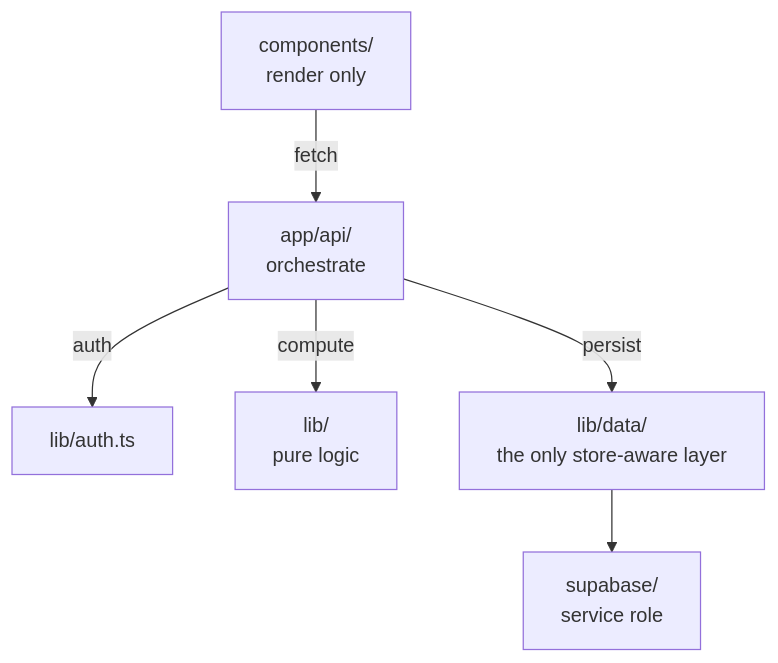
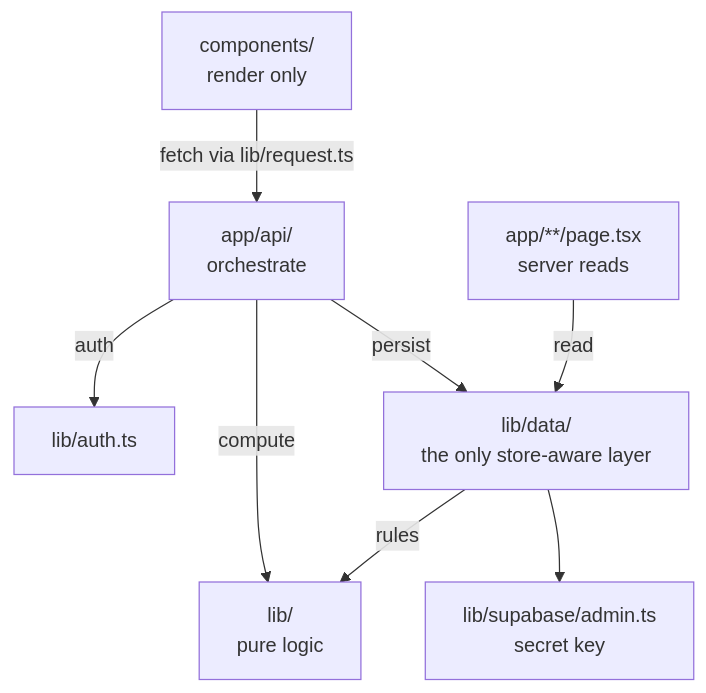
One commit to DmitriPer/weddingRsvp changed the first of 7 diagrams in docs/architecture.md. Above: the diagram before and after it, drawn with Mermaid. The commit also changed other lines of this file and 22 other files, not shown here.

First line of the commit message:
Docs catch-up: statuses, progress, setup, architecture, CLAUDE.md

````diff
--- a/docs/architecture.md
+++ b/docs/architecture.md
@@ -146,8 +191,10 @@
 ```mermaid
 flowchart TD
-    C["components/<br/>render only"] -->|fetch| A["app/api/<br/>orchestrate"]
+    C["components/<br/>render only"] -->|"fetch via lib/request.ts"| A["app/api/<br/>orchestrate"]
+    PG["app/**/page.tsx<br/>server reads"] -->|read| D
     A -->|auth| AU["lib/auth.ts"]
     A -->|compute| L["lib/<br/>pure logic"]
     A -->|persist| D["lib/data/<br/>the only store-aware layer"]
-    D --> SUPA["supabase/<br/>service role"]
+    D -->|rules| L
+    D --> SUPA["lib/supabase/admin.ts<br/>secret key"]
 ```
````
